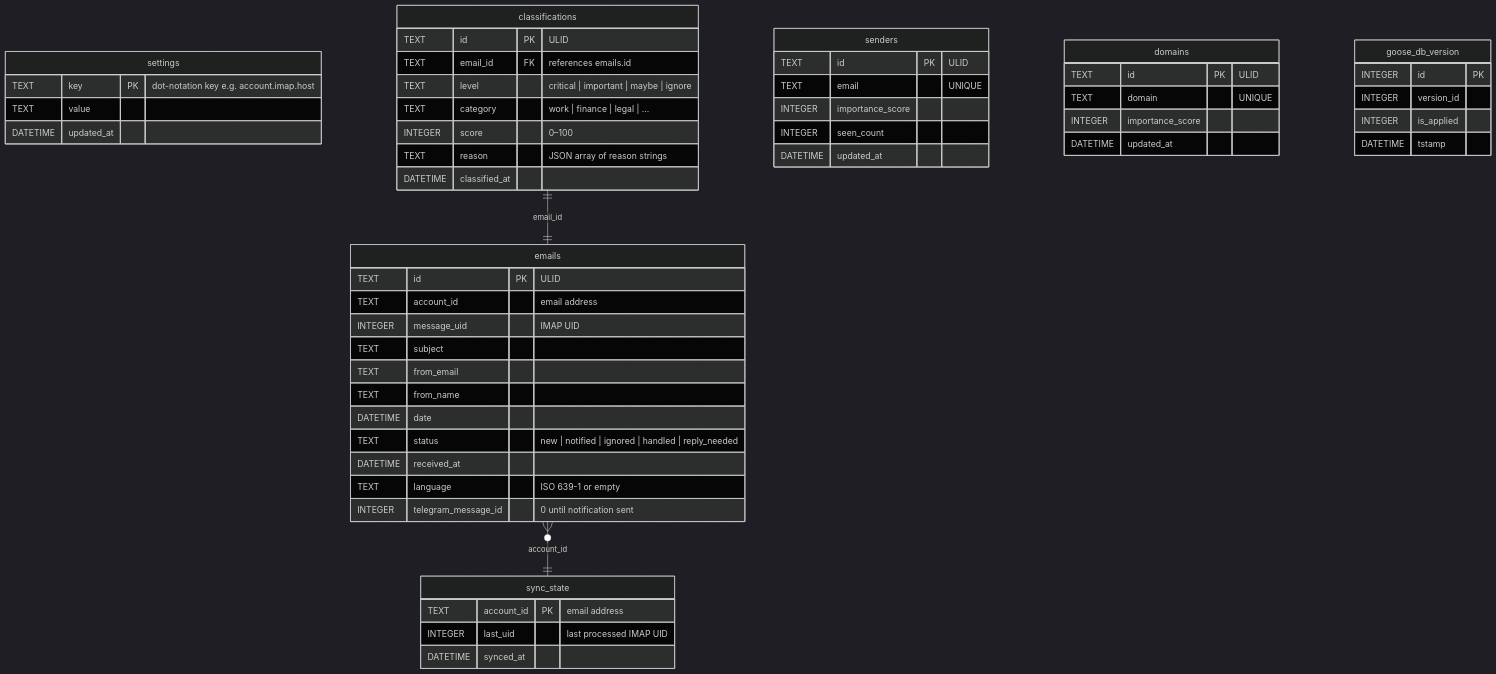
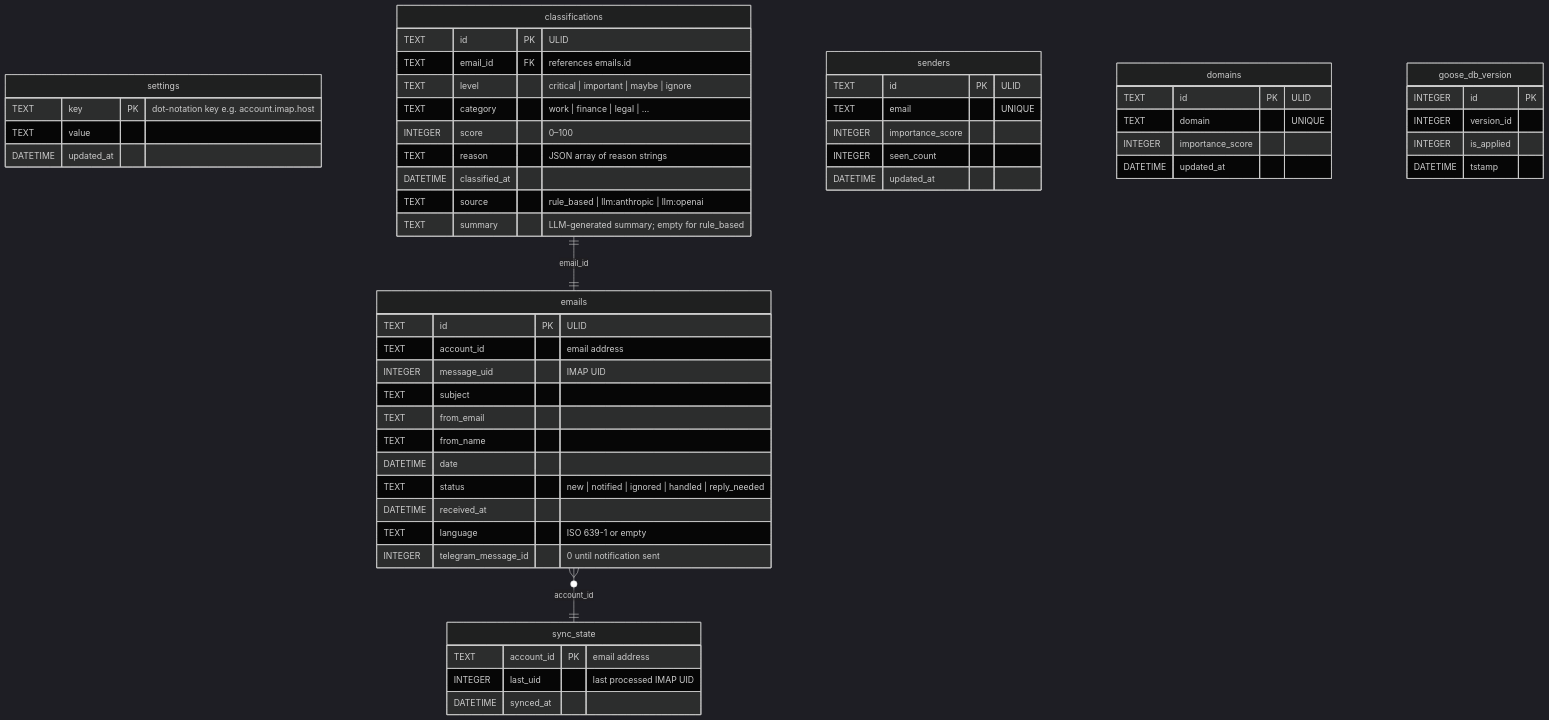
The diagram in docs/db-schema.md (paperspell/email-assistant), drawn with Mermaid (dark theme) before and after one commit. The commit also changed other lines of this file and 25 other files, not shown here.

````diff
--- a/docs/db-schema.md
+++ b/docs/db-schema.md
@@ -7,63 +7,65 @@
 ```mermaid
 erDiagram
     emails {
         TEXT id PK "ULID"
         TEXT account_id "email address"
         INTEGER message_uid "IMAP UID"
         TEXT subject
         TEXT from_email
         TEXT from_name
         DATETIME date
         TEXT status "new | notified | ignored | handled | reply_needed"
         DATETIME received_at
         TEXT language "ISO 639-1 or empty"
         INTEGER telegram_message_id "0 until notification sent"
     }
 
     sync_state {
         TEXT account_id PK "email address"
         INTEGER last_uid "last processed IMAP UID"
         DATETIME synced_at
     }
 
     settings {
         TEXT key PK "dot-notation key e.g. account.imap.host"
         TEXT value
         DATETIME updated_at
     }
 
     classifications {
         TEXT id PK "ULID"
         TEXT email_id FK "references emails.id"
         TEXT level "critical | important | maybe | ignore"
         TEXT category "work | finance | legal | ..."
         INTEGER score "0–100"
         TEXT reason "JSON array of reason strings"
         DATETIME classified_at
+        TEXT source "rule_based | llm:anthropic | llm:openai"
+        TEXT summary "LLM-generated summary; empty for rule_based"
     }
 
     senders {
         TEXT id PK "ULID"
         TEXT email "UNIQUE"
         INTEGER importance_score
         INTEGER seen_count
         DATETIME updated_at
     }
 
     domains {
         TEXT id PK "ULID"
         TEXT domain "UNIQUE"
         INTEGER importance_score
         DATETIME updated_at
     }
 
     goose_db_version {
         INTEGER id PK
         INTEGER version_id
         INTEGER is_applied
         DATETIME tstamp
     }
 
     emails }o--|| sync_state : "account_id"
     classifications ||--|| emails : "email_id"
 ```
````
